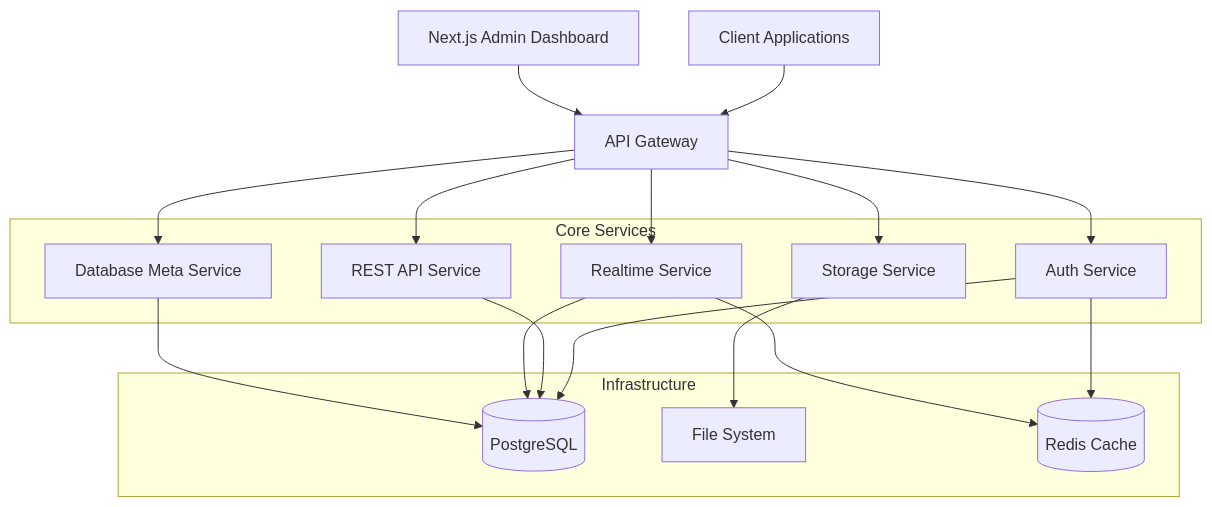
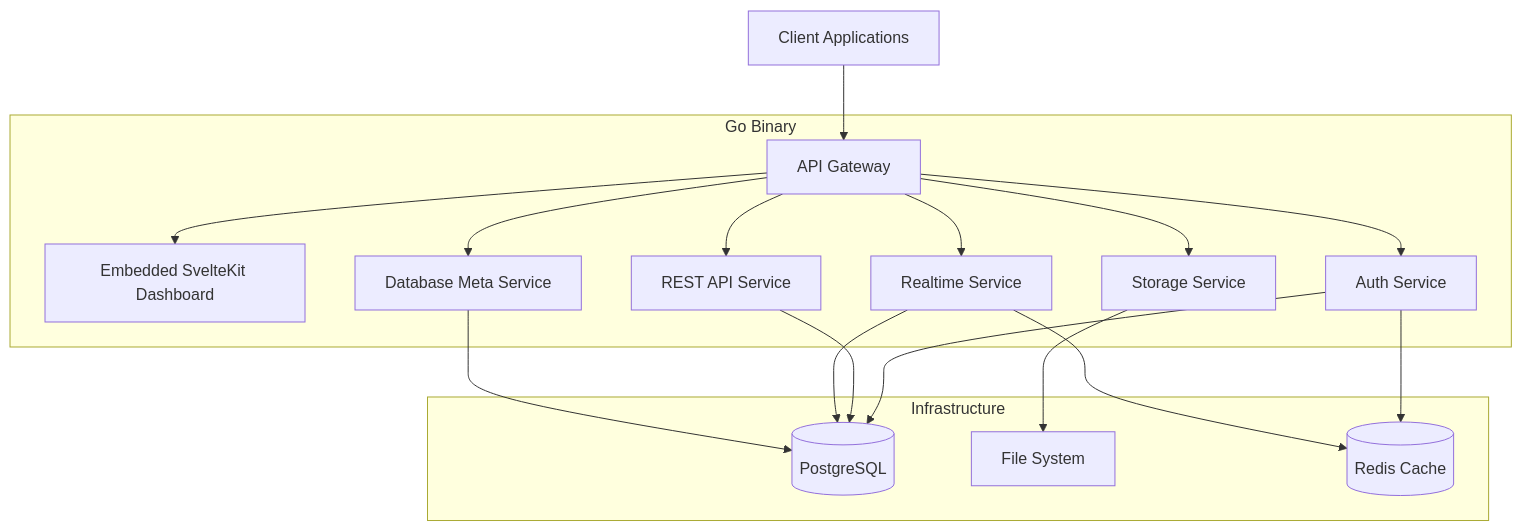
Before and after one commit to taqiudeen275/go-forward: the diagram in .kiro/specs/go-forward-framework/design.md, drawn with Mermaid. The commit also changed other lines of this file and 2 other files, not shown here.

````diff
--- a/.kiro/specs/go-forward-framework/design.md
+++ b/.kiro/specs/go-forward-framework/design.md
@@ -13,34 +13,36 @@
 ```mermaid
 graph TB
     Client[Client Applications] --> Gateway[API Gateway]
-    Dashboard[Next.js Admin Dashboard] --> Gateway
+    Gateway --> EmbeddedDashboard[Embedded SvelteKit Dashboard]
     
     Gateway --> Auth[Auth Service]
     Gateway --> API[REST API Service]
     Gateway --> Realtime[Realtime Service]
     Gateway --> Storage[Storage Service]
     Gateway --> Meta[Database Meta Service]
     
     Auth --> DB[(PostgreSQL)]
     API --> DB
     Realtime --> DB
     Storage --> FS[File System]
     Meta --> DB
     
-    subgraph "Core Services"
+    subgraph "Go Binary"
+        Gateway
+        EmbeddedDashboard
         Auth
         API
         Realtime
         Storage
         Meta
     end
     
     subgraph "Infrastructure"
         DB
         FS
         Redis[(Redis Cache)]
     end
     
     Auth --> Redis
     Realtime --> Redis
 ```
````
